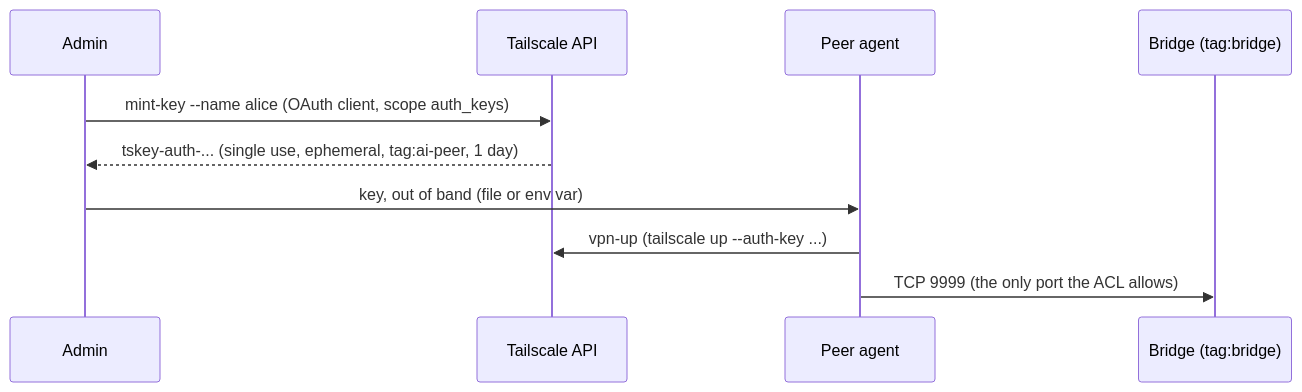
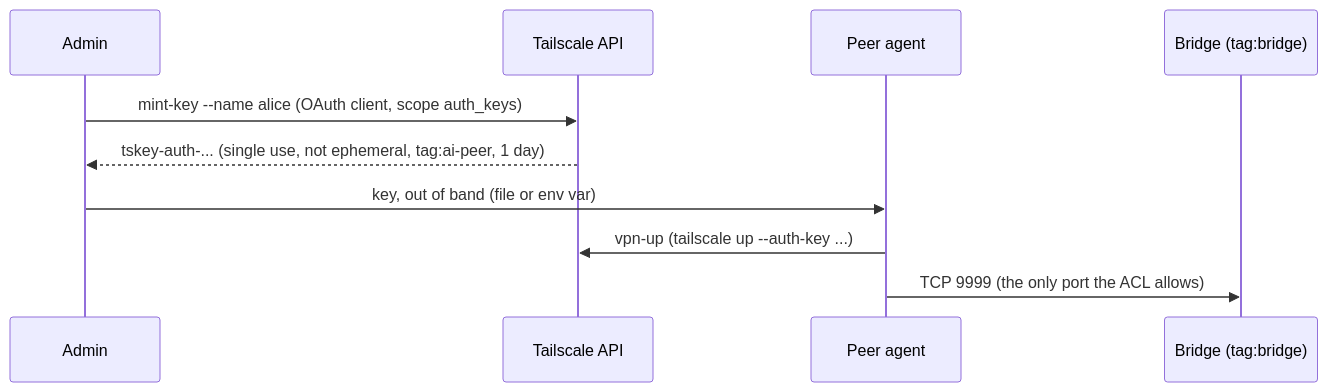
Before and after one commit to mbadali25/useful-claude-add-ons: the diagram in plugin/ai-connect/vpn/README.md, drawn with Mermaid. The commit also changed other lines of this file and 6 other files, not shown here.

First line of the commit message:
W-0129: mint-key keys are not ephemeral by default; --ephemeral opts in

````diff
--- a/plugin/ai-connect/vpn/README.md
+++ b/plugin/ai-connect/vpn/README.md
@@ -7,12 +7,12 @@
 ```mermaid
 sequenceDiagram
     participant A as Admin
     participant T as Tailscale API
     participant P as Peer agent
     participant B as Bridge (tag:bridge)
     A->>T: mint-key --name alice (OAuth client, scope auth_keys)
-    T-->>A: tskey-auth-... (single use, ephemeral, tag:ai-peer, 1 day)
+    T-->>A: tskey-auth-... (single use, not ephemeral, tag:ai-peer, 1 day)
     A->>P: key, out of band (file or env var)
     P->>T: vpn-up (tailscale up --auth-key ...)
     P->>B: TCP 9999 (the only port the ACL allows)
 ```
````
